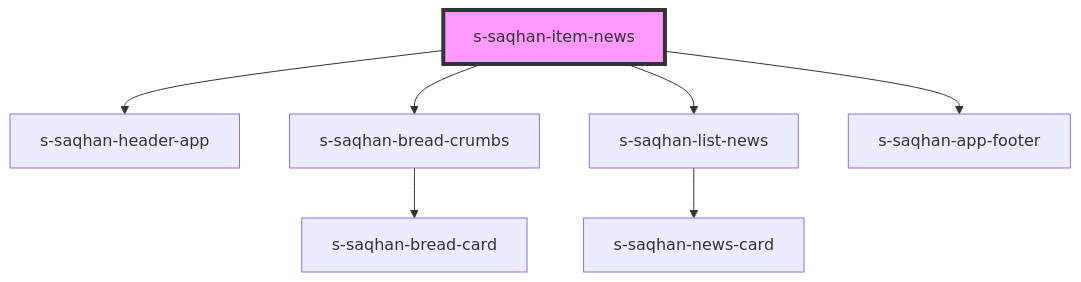
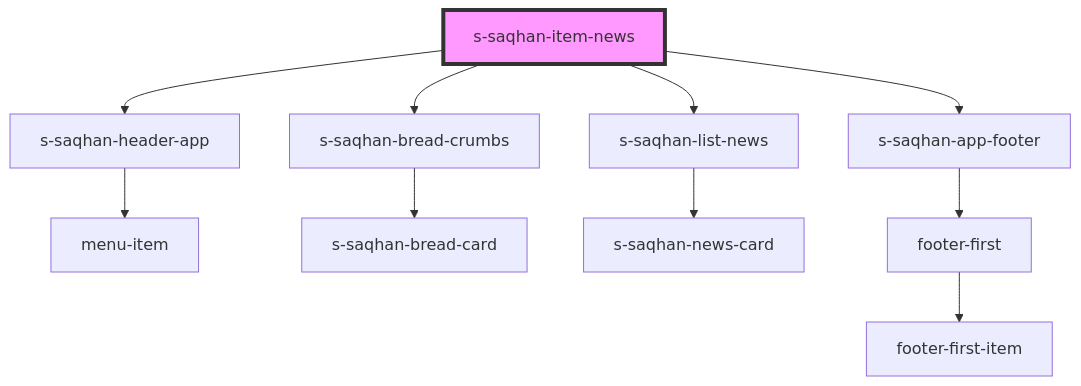
One commit to saqhan/stencil changed the diagram in src/components/s-saqhan-item-news/readme.md. Above: the diagram before and after it, drawn with Mermaid. The commit also changed 84 other files, not shown here.

````diff
--- a/src/components/s-saqhan-item-news/readme.md
+++ b/src/components/s-saqhan-item-news/readme.md
@@ -18,10 +18,13 @@
 ```mermaid
 graph TD;
   s-saqhan-item-news --> s-saqhan-header-app
   s-saqhan-item-news --> s-saqhan-bread-crumbs
   s-saqhan-item-news --> s-saqhan-list-news
   s-saqhan-item-news --> s-saqhan-app-footer
+  s-saqhan-header-app --> menu-item
   s-saqhan-bread-crumbs --> s-saqhan-bread-card
   s-saqhan-list-news --> s-saqhan-news-card
+  s-saqhan-app-footer --> footer-first
+  footer-first --> footer-first-item
   style s-saqhan-item-news fill:#f9f,stroke:#333,stroke-width:4px
 ```
````
